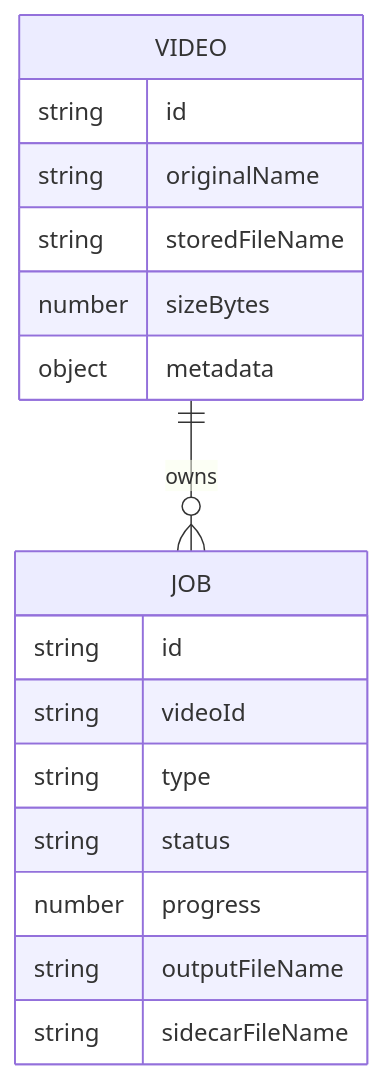
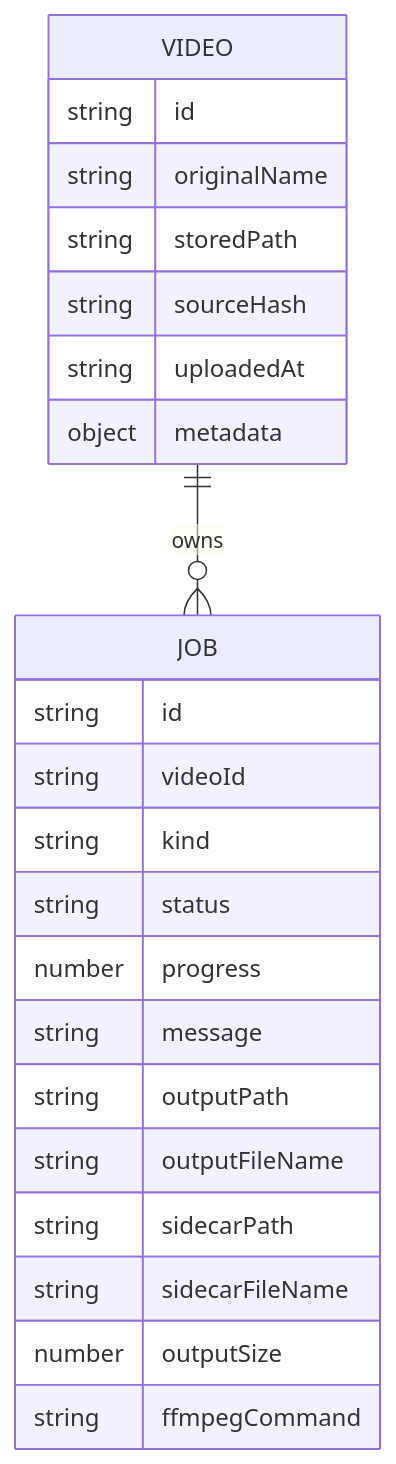
The fourth of 4 diagrams in docs/architecture.md (Artsen/web-video-optimizer), drawn with Mermaid before and after one commit. The commit also changed other lines of this file and 34 other files, not shown here.

````diff
--- a/docs/architecture.md
+++ b/docs/architecture.md
@@ -101,20 +101,26 @@
 ```mermaid
 erDiagram
   VIDEO ||--o{ JOB : owns
   VIDEO {
     string id
     string originalName
-    string storedFileName
-    number sizeBytes
+    string storedPath
+    string sourceHash
+    string uploadedAt
     object metadata
   }
   JOB {
     string id
     string videoId
-    string type
+    string kind
     string status
     number progress
+    string message
+    string outputPath
     string outputFileName
+    string sidecarPath
     string sidecarFileName
+    number outputSize
+    string ffmpegCommand
   }
 ```
````
